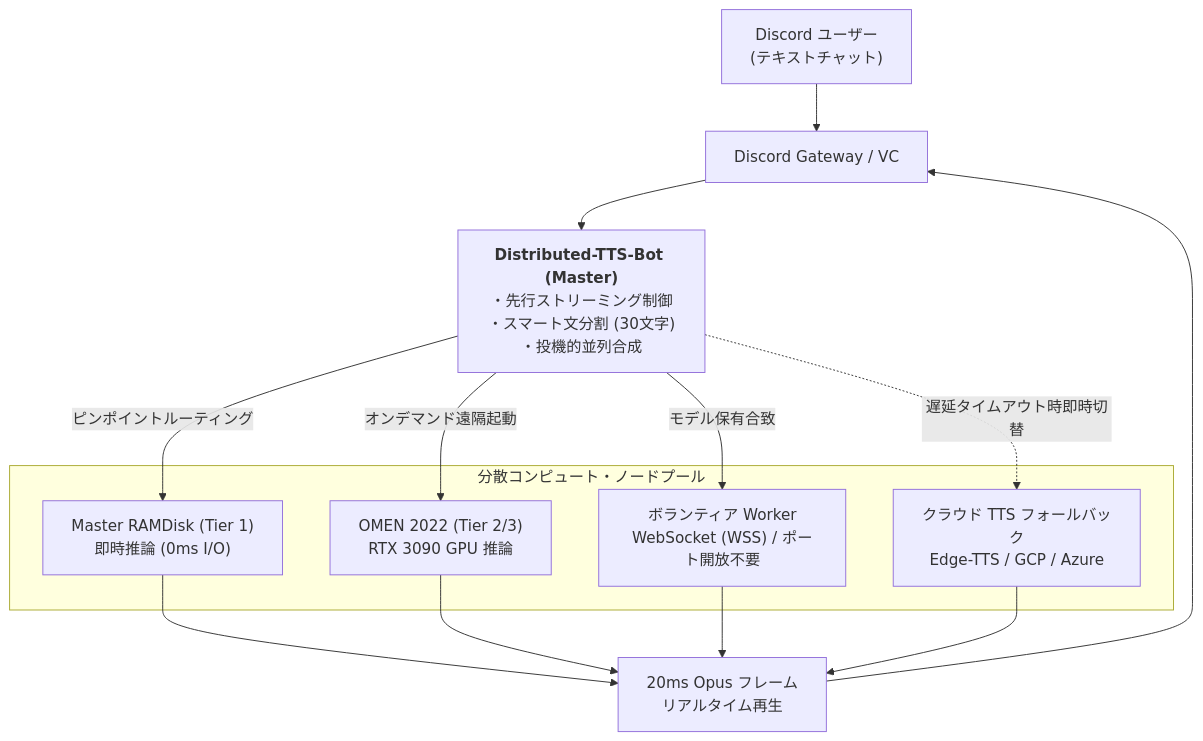
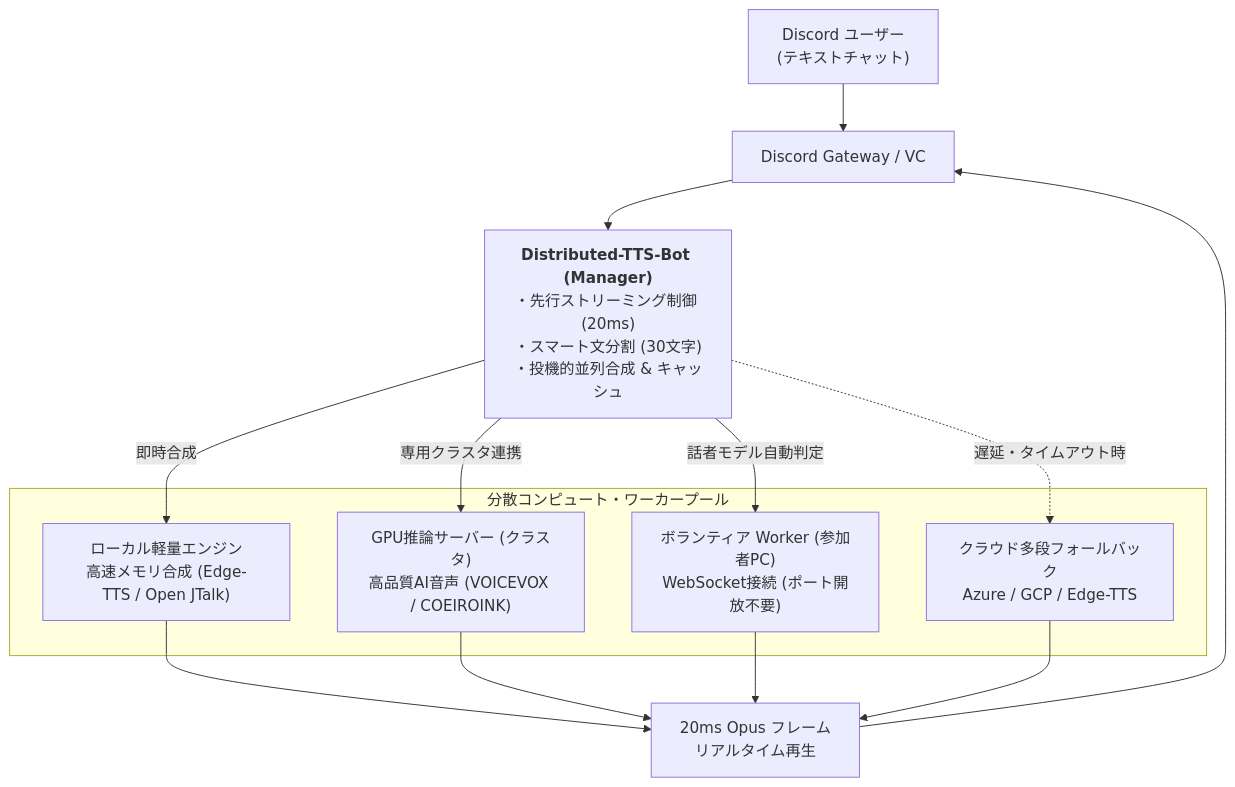
One commit to Maximilian2022/Distributed-TTS-Bot changed the diagram in README.md. Above: the diagram before and after it, drawn with Mermaid. The commit also changed other lines of this file and 7 other files, not shown here.

Commit message:
docs: sanitize architecture diagrams and remove dev environment references; ignore remediation history

````diff
--- a/README.md
+++ b/README.md
@@ -24,23 +24,23 @@
 ```mermaid
 graph TD
     User["Discord ユーザー<br>(テキストチャット)"] --> Discord["Discord Gateway / VC"]
-    Discord --> Bot["<b>Distributed-TTS-Bot (Master)</b><br>・先行ストリーミング制御<br>・スマート文分割 (30文字)<br>・投機的並列合成"]
+    Discord --> Bot["<b>Distributed-TTS-Bot (Manager)</b><br>・先行ストリーミング制御 (20ms)<br>・スマート文分割 (30文字)<br>・投機的並列合成 & キャッシュ"]
 
-    subgraph "分散コンピュート・ノードプール"
-        RAM["Master RAMDisk (Tier 1)<br>即時推論 (0ms I/O)"]
-        GPU1["OMEN 2022 (Tier 2/3)<br>RTX 3090 GPU 推論"]
-        WorkerVol["ボランティア Worker<br>WebSocket (WSS) / ポート開放不要"]
-        Cloud["クラウド TTS フォールバック<br>Edge-TTS / GCP / Azure"]
+    subgraph "分散コンピュート・ワーカープール"
+        LocalFast["ローカル軽量エンジン<br>高速メモリ合成 (Edge-TTS / Open JTalk)"]
+        GPUWorker["GPU推論サーバー (クラスタ)<br>高品質AI音声 (VOICEVOX / COEIROINK)"]
+        WorkerVol["ボランティア Worker (参加者PC)<br>WebSocket接続 (ポート開放不要)"]
+        Cloud["クラウド多段フォールバック<br>Azure / GCP / Edge-TTS"]
     end
 
-    Bot -->|ピンポイントルーティング| RAM
-    Bot -->|オンデマンド遠隔起動| GPU1
-    Bot -->|モデル保有合致| WorkerVol
-    Bot -.->|遅延タイムアウト時即時切替| Cloud
+    Bot -->|即時合成| LocalFast
+    Bot -->|専用クラスタ連携| GPUWorker
+    Bot -->|話者モデル自動判定| WorkerVol
+    Bot -.->|遅延・タイムアウト時| Cloud
 
-    RAM --> Stream["20ms Opus フレーム<br>リアルタイム再生"]
-    GPU1 --> Stream
+    LocalFast --> Stream["20ms Opus フレーム<br>リアルタイム再生"]
+    GPUWorker --> Stream
     WorkerVol --> Stream
     Cloud --> Stream
     Stream --> Discord
 ```
````
